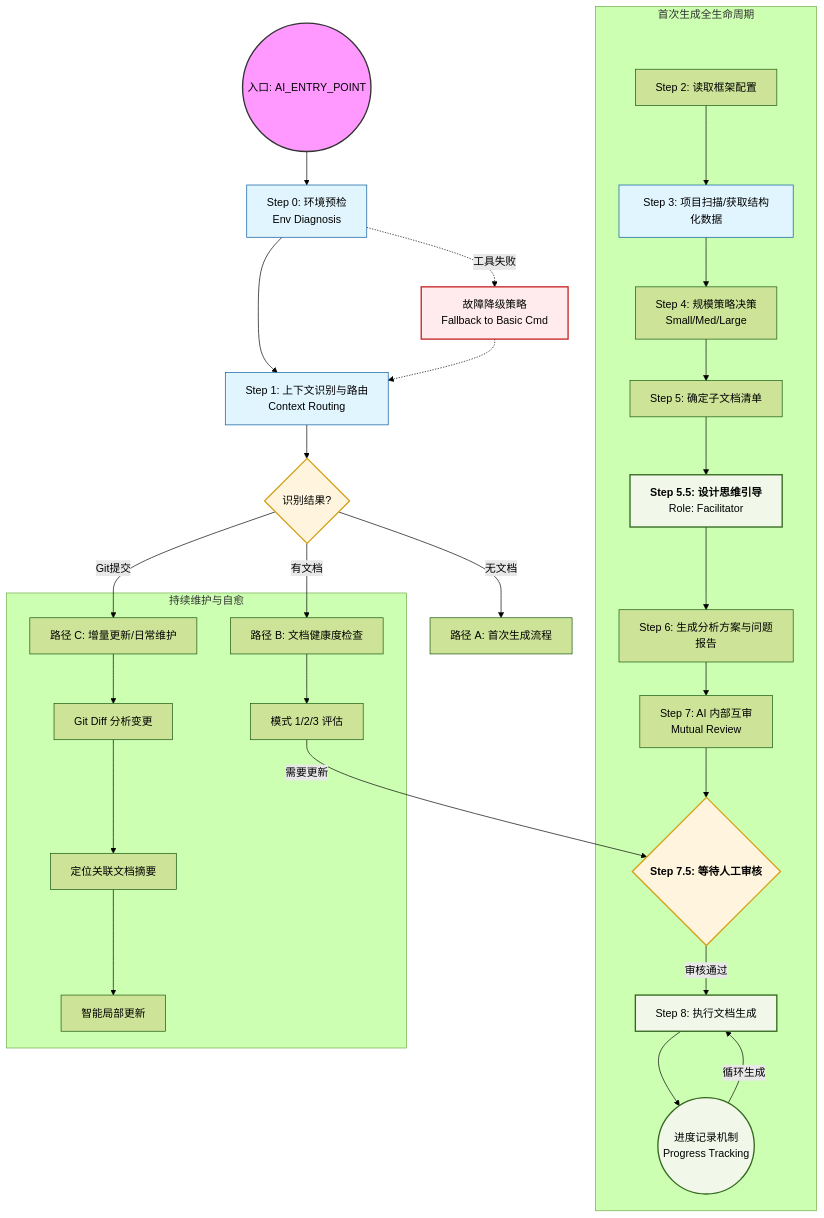
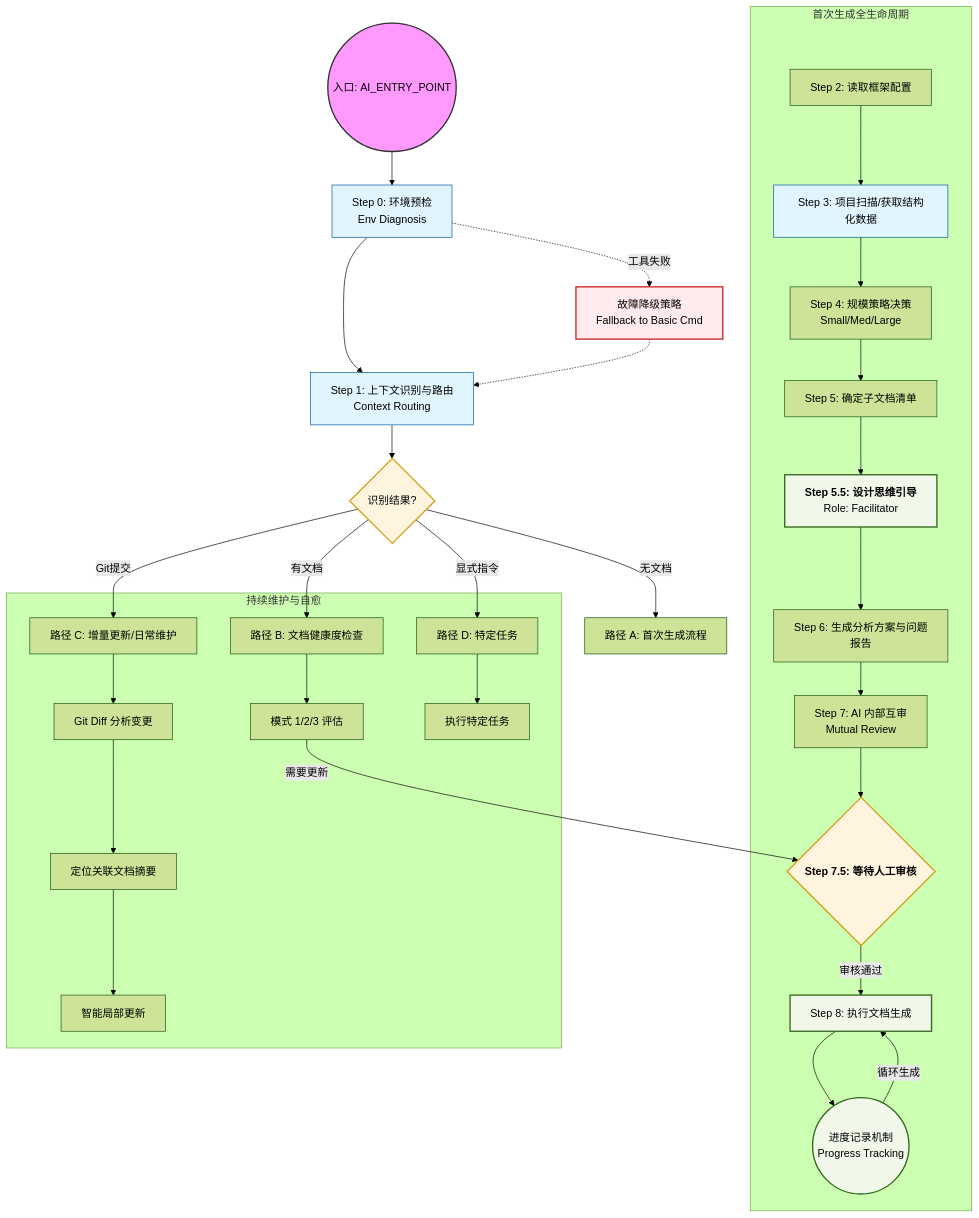
Before and after one commit to zibuyu2015831/AI-Coding-Context: the diagram in AI_ENTRY_POINT.md, drawn with Mermaid (forest theme). The commit also changed other lines of this file and 44 other files, not shown here.

````diff
--- a/AI_ENTRY_POINT.md
+++ b/AI_ENTRY_POINT.md
@@ -77,58 +77,61 @@
 ```mermaid
 graph TD
     %% 全局样式定义
     classDef init fill:#f9f,stroke:#333,stroke-width:2px;
     classDef decision fill:#fff4dd,stroke:#d4a017,stroke-width:2px;
     classDef process fill:#e1f5fe,stroke:#01579b,stroke-width:1px;
     classDef critical fill:#ffebee,stroke:#c62828,stroke-width:2px;
     classDef loop fill:#f1f8e9,stroke:#33691e,stroke-width:2px;
 
     %% 阶段 0: 初始化与路由
     Start((入口: AI_ENTRY_POINT)) --> S0[Step 0: 环境预检<br/>Env Diagnosis]
     S0 --> S1[Step 1: 上下文识别与路由<br/>Context Routing]
     
     S1 --> D1{识别结果?}
     D1 -- 无文档 --> PathA[路径 A: 首次生成流程]
     D1 -- 有文档 --> PathB[路径 B: 文档健康度检查]
     D1 -- Git提交 --> PathC[路径 C: 增量更新/日常维护]
+    D1 -- 显式指令 --> PathD[路径 D: 特定任务]
 
     %% 路径 A: 核心生成链路
     subgraph Path_A [首次生成全生命周期]
         S2[Step 2: 读取框架配置] --> S3[Step 3: 项目扫描/获取结构化数据]
         S3 --> S4[Step 4: 规模策略决策<br/>Small/Med/Large]
         S4 --> S5[Step 5: 确定子文档清单]
         
         %% 设计思维引导
         S5 --> S55[<b>Step 5.5: 设计思维引导</b><br/>Role: Facilitator]
         S55 --> S6[Step 6: 生成分析方案与问题报告]
         
         S6 --> S7[Step 7: AI 内部互审<br/>Mutual Review]
         S7 --> S75{<b>Step 7.5: 等待人工审核</b>}
         
         %% 执行与进度记录
         S75 -- 审核通过 --> S8[Step 8: 执行文档生成]
         S8 --> Progress((进度记录机制<br/>Progress Tracking))
         Progress --> |循环生成| S8
     end
 
-    %% 路径 B/C: 维护与自愈
+    %% 路径 B/C/D: 维护与自愈
     subgraph Maintenance [持续维护与自愈]
         PathB --> HealthCheck[模式 1/2/3 评估]
         HealthCheck --> |需要更新| S75
         
         PathC --> Diff[Git Diff 分析变更]
         Diff --> DocLoc[定位关联文档摘要]
         DocLoc --> SmartUpdate[智能局部更新]
+        
+        PathD --> SpecificTask[执行特定任务]
     end
 
     %% 异常处理
     S0 -.-> |工具失败| Fallback[故障降级策略<br/>Fallback to Basic Cmd]
     Fallback -.-> S1
 
     %% 状态标记
     class Start init;
     class D1,S75 decision;
     class S55,S8,Progress loop;
     class S0,S1,S3 process;
     class Fallback critical;
 ```
````
